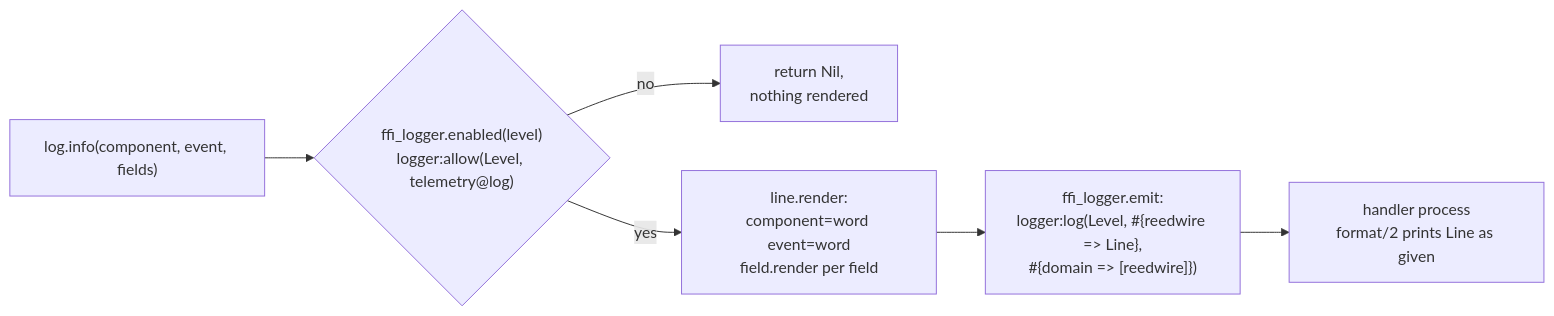
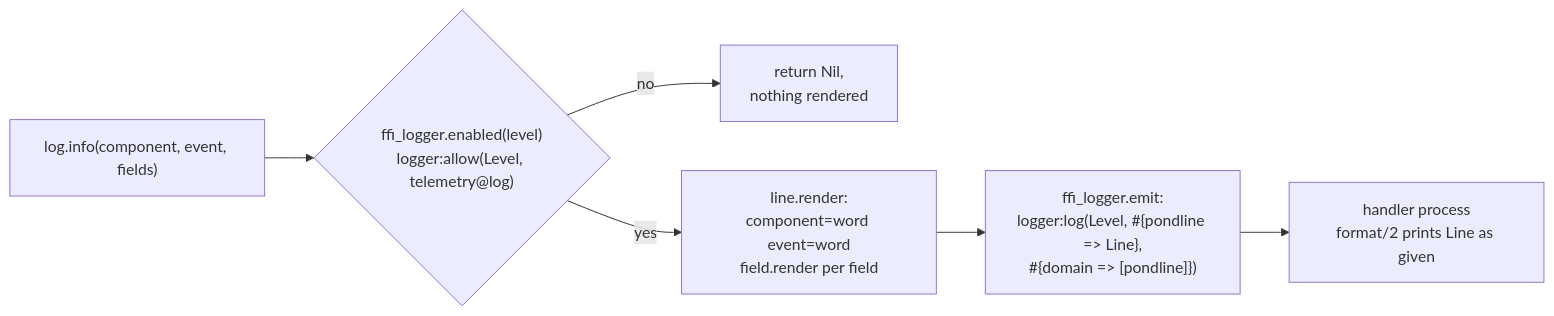
The second of 4 diagrams in packages/telemetry/README.md (Roasbeef/pondline), drawn with Mermaid before and after one commit. The commit also changed other lines of this file and 44 other files, not shown here.

````diff
--- a/packages/telemetry/README.md
+++ b/packages/telemetry/README.md
@@ -82,13 +82,13 @@
 ```mermaid
 flowchart LR
     entry["log.info(component, event, fields)"]
     en{"ffi_logger.enabled(level)<br/>logger:allow(Level, telemetry@log)"}
     drop["return Nil,<br/>nothing rendered"]
     render["line.render:<br/>component=word event=word<br/>field.render per field"]
-    emit["ffi_logger.emit:<br/>logger:log(Level, #{reedwire => Line},<br/>#{domain => [reedwire]})"]
+    emit["ffi_logger.emit:<br/>logger:log(Level, #{pondline => Line},<br/>#{domain => [pondline]})"]
     h["handler process<br/>format/2 prints Line as given"]
 
     entry --> en
     en -- "no" --> drop
     en -- "yes" --> render --> emit --> h
 ```
````
